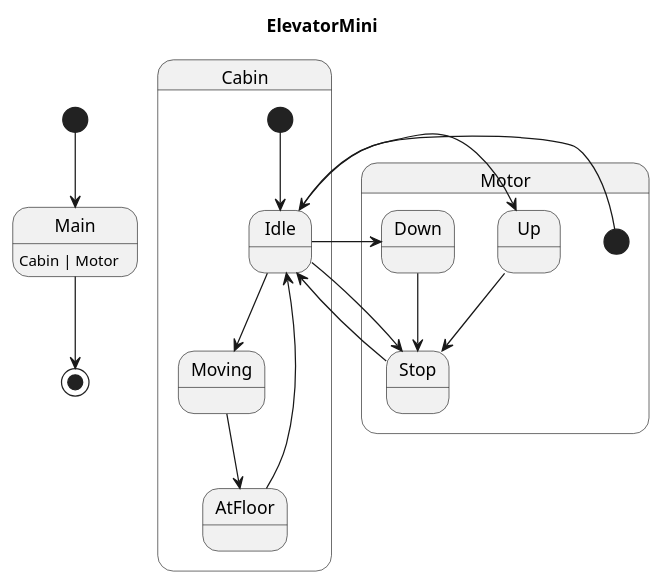
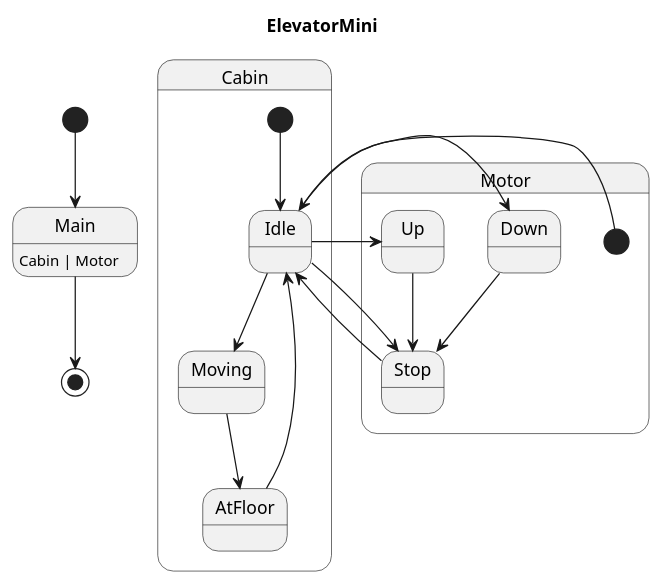
Before and after one commit to Pastor/Takt: the diagram in examples/generated/plantuml/elevator_mini.puml, drawn with PlantUML. The commit also changed other lines of this file and 8 other files, not shown here.

```diff
--- a/examples/generated/plantuml/elevator_mini.puml
+++ b/examples/generated/plantuml/elevator_mini.puml
@@ -1,25 +1,25 @@
 @startuml
 title ElevatorMini
 
 [*] --> Main
 Main : Cabin | Motor
 Main --> [*]
 
 state Cabin {
     [*] --> Idle
+    Idle --> Moving
     Moving --> AtFloor
-    Idle --> Moving
     AtFloor --> Idle
 }
 
 state Motor {
     [*] --> Idle
+    Down --> Stop
+    Stop --> Idle
     Idle --> Up
     Idle --> Down
     Idle --> Stop
-    Stop --> Idle
-    Down --> Stop
     Up --> Stop
 }
 
 @enduml
```
